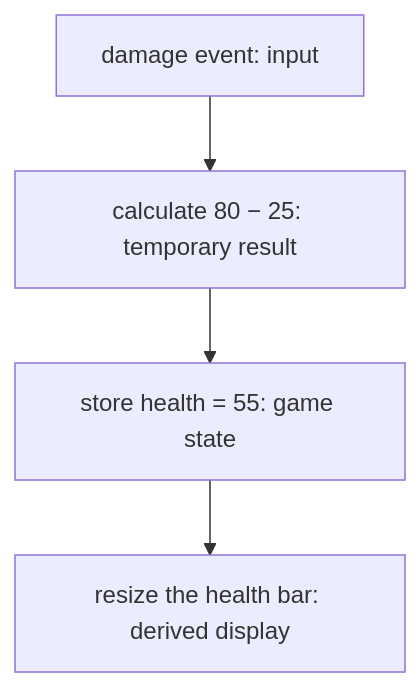
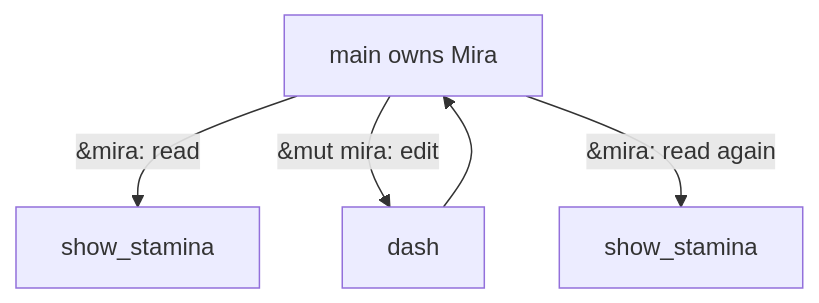
One commit to MustCodeAl/rust-game-hacking-book changed the second of 2 diagrams in site/src/content/docs/pages/1/05.mdx. Above: the diagram before and after it, drawn with Mermaid. The commit also changed other lines of this file and 65 other files, not shown here.

````diff
--- a/site/src/content/docs/pages/1/05.mdx
+++ b/site/src/content/docs/pages/1/05.mdx
@@ -119,6 +235,7 @@
 ```mermaid
 flowchart TD
-    E["damage event: input"] --> C["calculate 80 − 25: temporary result"]
-    C --> S["store health = 55: game state"]
-    S --> B["resize the health bar: derived display"]
+    Main["main owns Mira"] -->|"&mira: read"| Show["show_stamina"]
+    Main -->|"&mut mira: edit"| Dash["dash"]
+    Dash --> Main
+    Main -->|"&mira: read again"| ShowAgain["show_stamina"]
 ```
````
